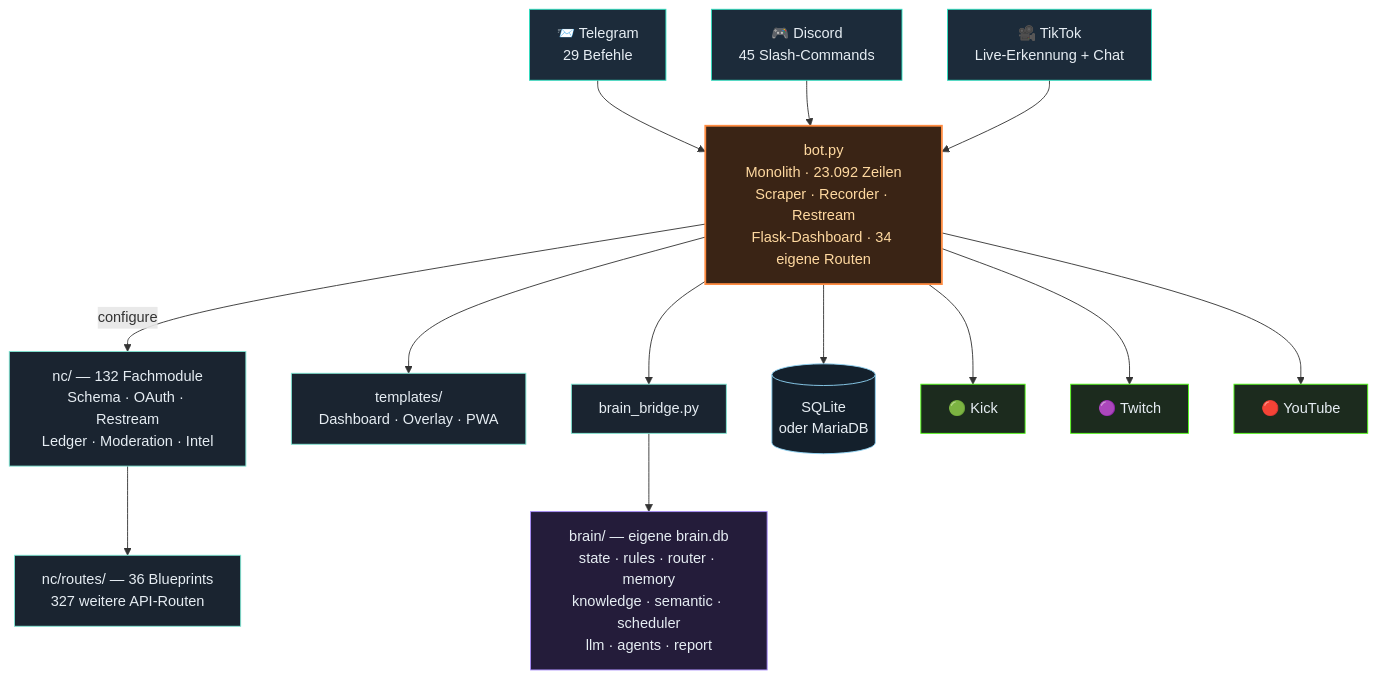
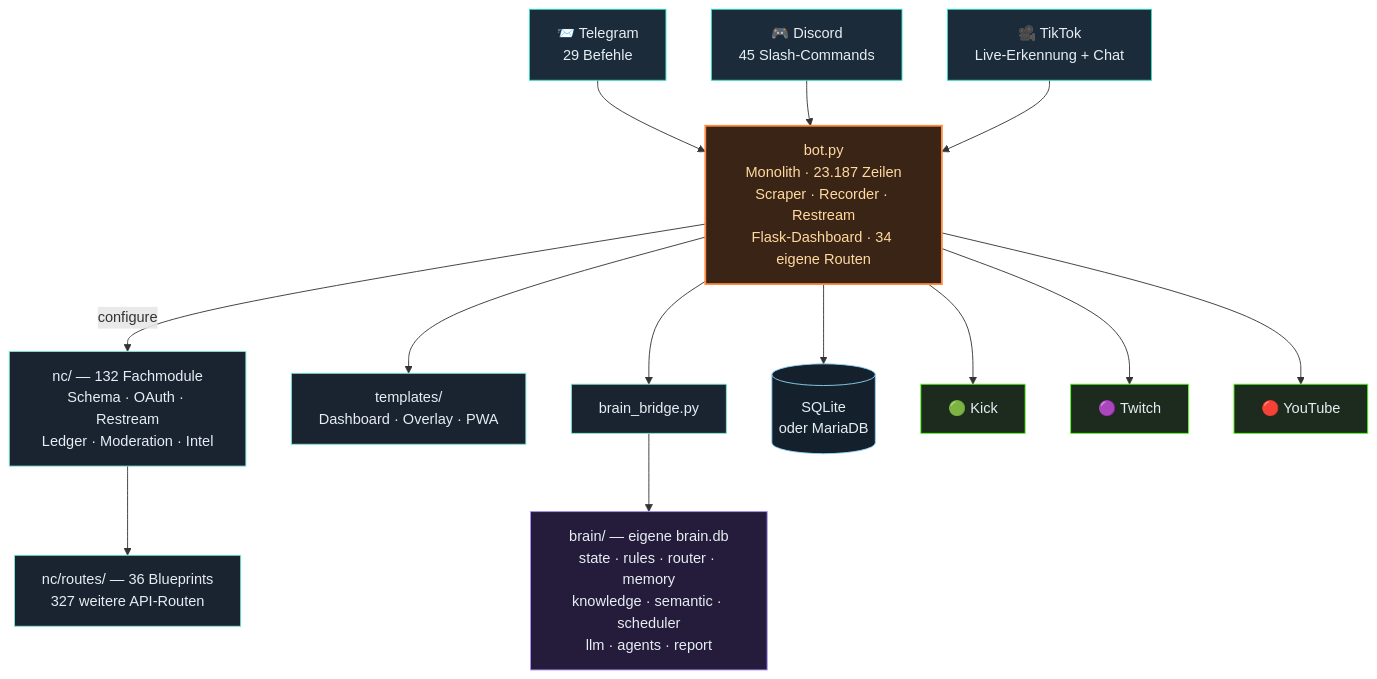
Before and after one commit to itsamemedev/Telegram-Stream-Info-Bot: the third of 4 diagrams in README.md, drawn with Mermaid. The commit also changed other lines of this file and 8 other files, not shown here.

````diff
--- a/README.md
+++ b/README.md
@@ -189,30 +189,30 @@
 ```mermaid
 flowchart TB
     TG["📨 Telegram<br/>29 Befehle"]:::ein
     DC["🎮 Discord<br/>45 Slash-Commands"]:::ein
     TT["🎥 TikTok<br/>Live-Erkennung + Chat"]:::ein
 
     TG --> BOT
     DC --> BOT
     TT --> BOT
 
-    BOT["bot.py<br/>Monolith · 23.092 Zeilen<br/>Scraper · Recorder · Restream<br/>Flask-Dashboard · 34 eigene Routen"]:::core
+    BOT["bot.py<br/>Monolith · 23.187 Zeilen<br/>Scraper · Recorder · Restream<br/>Flask-Dashboard · 34 eigene Routen"]:::core
 
     BOT -->|configure| NC["nc/ — 132 Fachmodule<br/>Schema · OAuth · Restream<br/>Ledger · Moderation · Intel"]:::lib
     NC --> RT["nc/routes/ — 36 Blueprints<br/>327 weitere API-Routen"]:::lib
     BOT --> TPL["templates/<br/>Dashboard · Overlay · PWA"]:::lib
     BOT --> BR["brain_bridge.py"]:::lib
     BR --> BRAIN["brain/ — eigene brain.db<br/>state · rules · router · memory<br/>knowledge · semantic · scheduler<br/>llm · agents · report"]:::brain
     BOT --> DB[("SQLite<br/>oder MariaDB")]:::db
 
     BOT --> KICK["🟢 Kick"]:::out
     BOT --> TW["🟣 Twitch"]:::out
     BOT --> YT["🔴 YouTube"]:::out
 
     classDef ein fill:#1c2b3a,stroke:#2de1c2,color:#e6edf3
     classDef core fill:#3a2415,stroke:#ff8c42,stroke-width:2px,color:#ffd9a0
     classDef lib fill:#1a2430,stroke:#7fe7d4,color:#e6edf3
     classDef brain fill:#241c3a,stroke:#a78bfa,color:#e6edf3
     classDef db fill:#14202c,stroke:#8fd3f4,color:#e6edf3
     classDef out fill:#1c2b1e,stroke:#53fc18,color:#e6edf3
 ```
````
